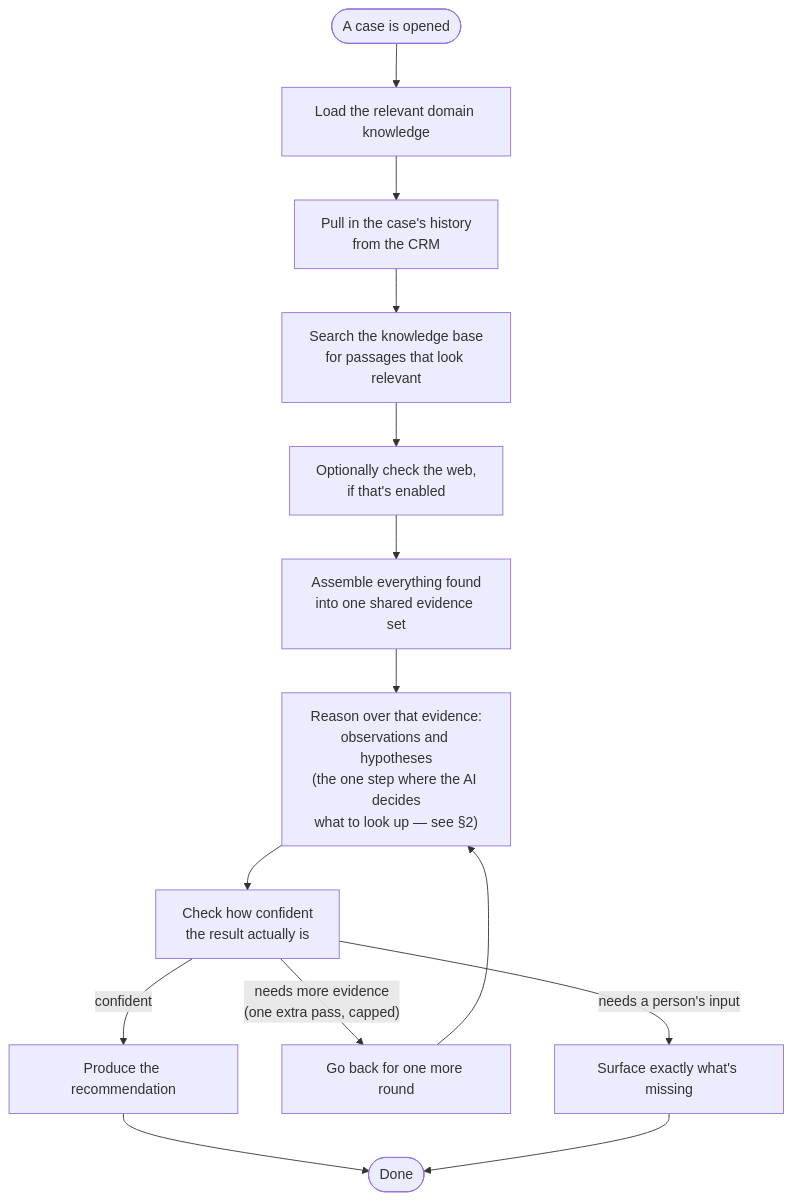
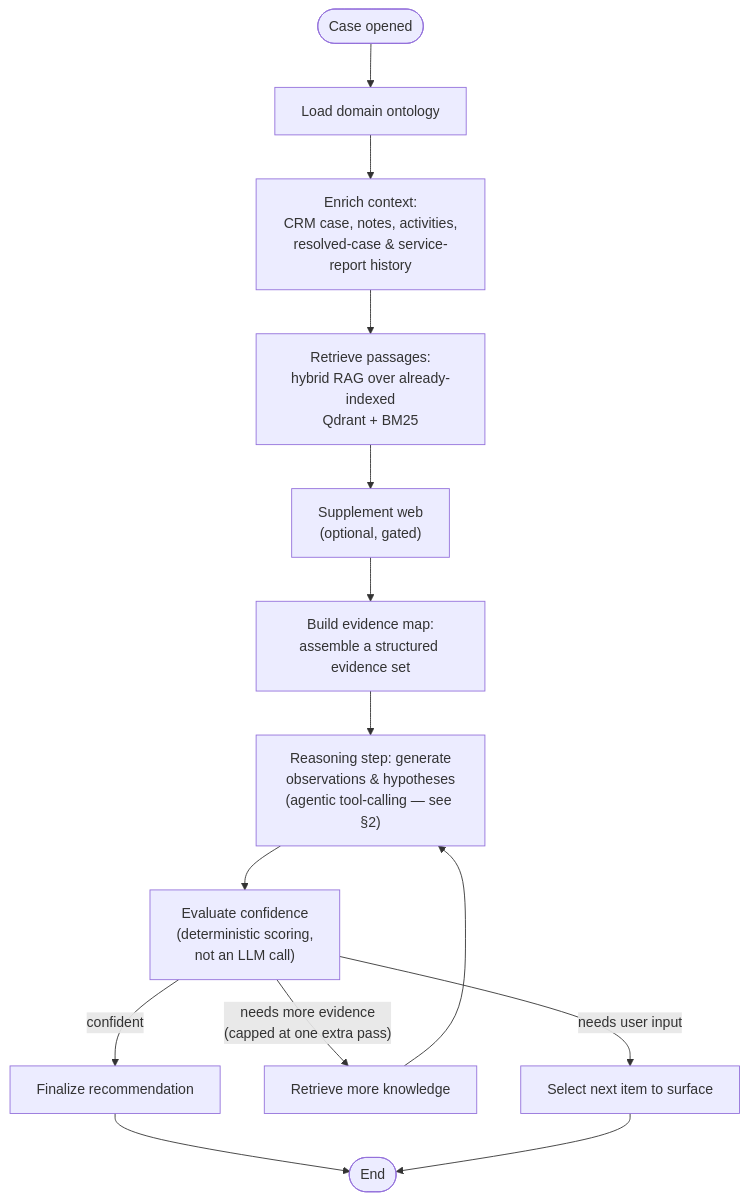
The first of 4 diagrams in docs/ARCHITECTURE.md (IndustryFusion/xana-docs), drawn with Mermaid before and after one commit. The commit also changed other lines of this file and 7 other files, not shown here.

````diff
--- a/docs/ARCHITECTURE.md
+++ b/docs/ARCHITECTURE.md
@@ -28,16 +28,16 @@
 ```mermaid
 flowchart TD
-    START(["A case is opened"]) --> ontology["Load the relevant domain knowledge"]
-    ontology --> enrich["Pull in the case's history<br/>from the CRM"]
-    enrich --> retrieve["Search the knowledge base<br/>for passages that look relevant"]
-    retrieve --> web["Optionally check the web,<br/>if that's enabled"]
-    web --> evmap["Assemble everything found<br/>into one shared evidence set"]
-    evmap --> reason["Reason over that evidence:<br/>observations and hypotheses<br/>(the one step where the AI decides<br/>what to look up — see §2)"]
-    reason --> confidence["Check how confident<br/>the result actually is"]
-    confidence -- "confident" --> finalize["Produce the recommendation"]
-    confidence -- "needs more evidence<br/>(one extra pass, capped)" --> more["Go back for one more round"]
+    START(["Case opened"]) --> ontology["Load domain ontology"]
+    ontology --> enrich["Enrich context:<br/>CRM case, notes, activities,<br/>resolved-case &amp; service-report history"]
+    enrich --> retrieve["Retrieve passages:<br/>hybrid RAG over already-indexed<br/>Qdrant + BM25"]
+    retrieve --> web["Supplement web<br/>(optional, gated)"]
+    web --> evmap["Build evidence map:<br/>assemble a structured evidence set"]
+    evmap --> reason["Reasoning step: generate<br/>observations &amp; hypotheses<br/>(agentic tool-calling — see §2)"]
+    reason --> confidence["Evaluate confidence<br/>(deterministic scoring,<br/>not an LLM call)"]
+    confidence -- "confident" --> finalize["Finalize recommendation"]
+    confidence -- "needs more evidence<br/>(capped at one extra pass)" --> more["Retrieve more knowledge"]
     more --> reason
-    confidence -- "needs a person's input" --> select["Surface exactly what's missing"]
-    finalize --> END(["Done"])
+    confidence -- "needs user input" --> select["Select next item to surface"]
+    finalize --> END(["End"])
     select --> END
 ```
````
